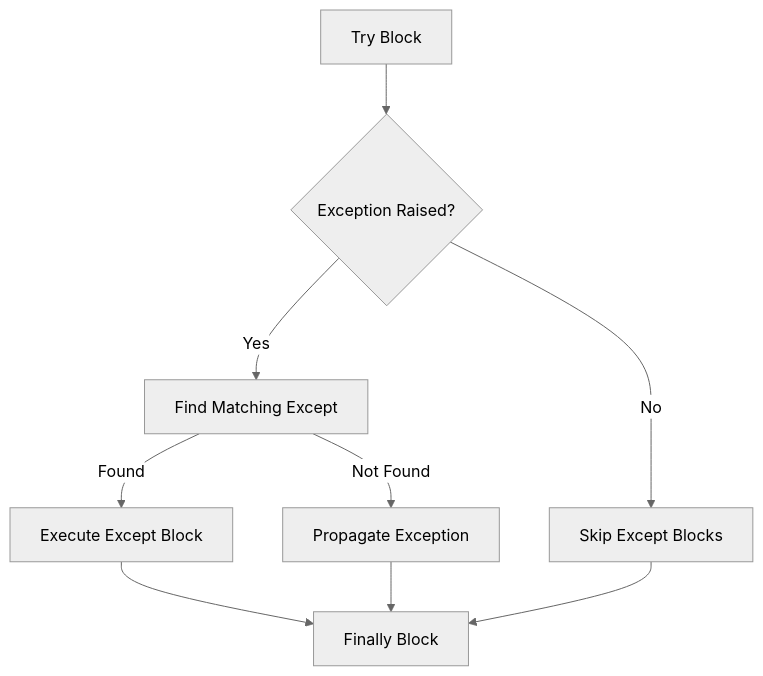
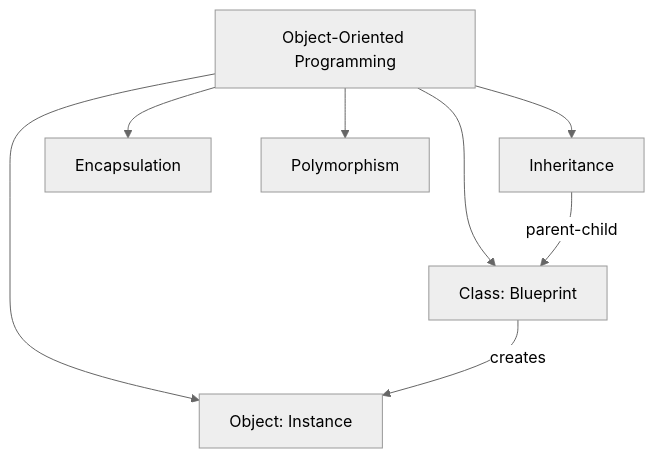
Before and after one commit to wahidyankf/oss: the fourth of 5 diagrams in apps-standalone/ayokoding-web/content/en/learn/crash-courses/swe/lang/python/basics.md, drawn with Mermaid (neutral theme). The commit also changed other lines of this file and 40 other files, not shown here.

````diff
--- a/apps-standalone/ayokoding-web/content/en/learn/crash-courses/swe/lang/python/basics.md
+++ b/apps-standalone/ayokoding-web/content/en/learn/crash-courses/swe/lang/python/basics.md
@@ -275,11 +523,10 @@
 ```mermaid
-flowchart TD
-    A[Try Block] --> B{Exception Raised?}
-    B -->|Yes| C[Find Matching Except]
-    B -->|No| D[Skip Except Blocks]
-    C -->|Found| E[Execute Except Block]
-    C -->|Not Found| F[Propagate Exception]
-    E --> G[Finally Block]
-    D --> G
-    F --> G
+graph TD
+    A[Object-Oriented Programming] --> B[Class: Blueprint]
+    A --> C[Object: Instance]
+    A --> D[Inheritance]
+    A --> E[Encapsulation]
+    A --> F[Polymorphism]
+    B -->|creates| C
+    D -->|parent-child| B
 ```
````
